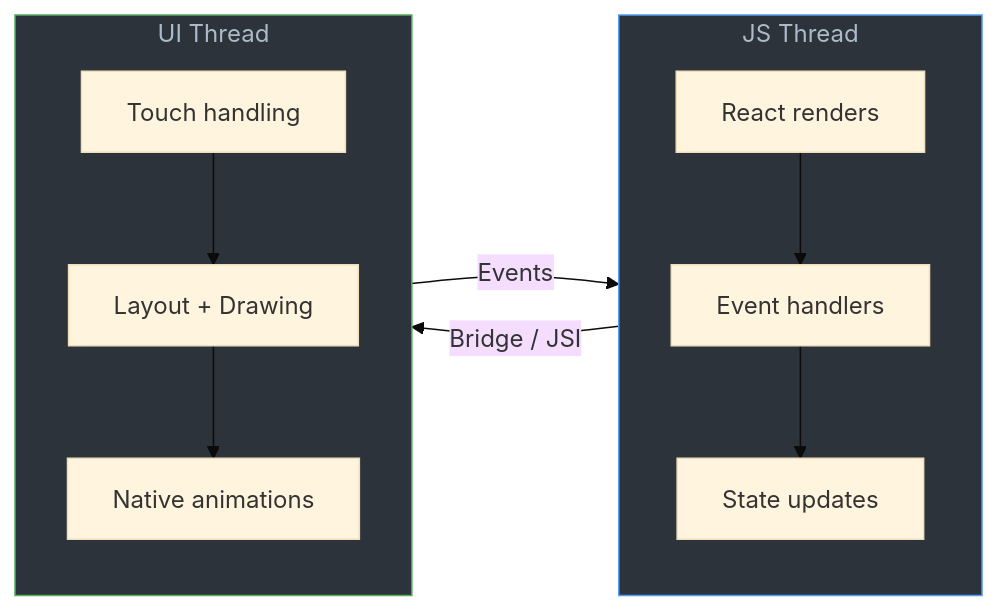
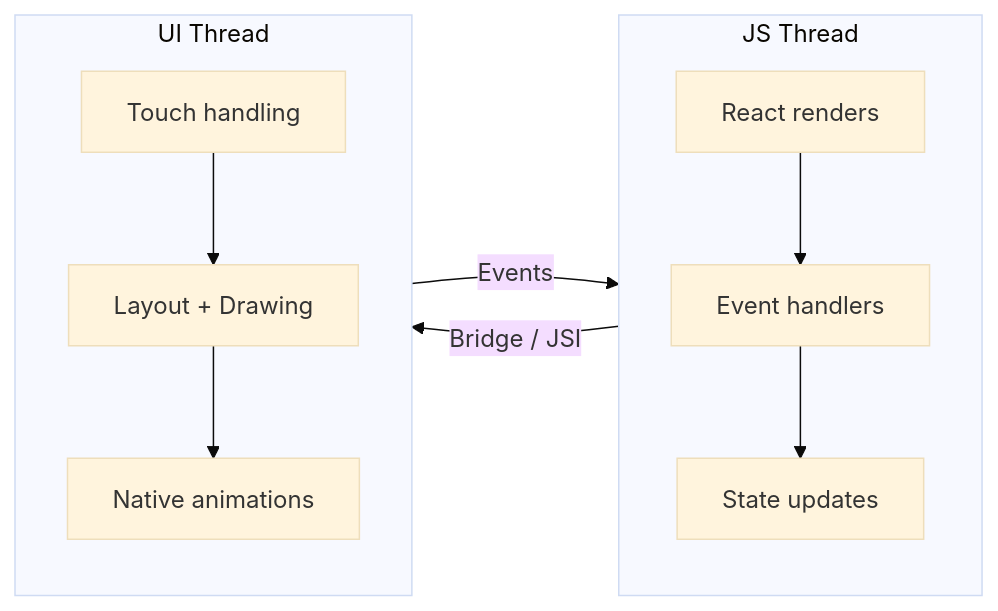
Before and after one commit to BabaScience/react-guides: the first of 5 diagrams in arguments/chapters/rn-13-performance.md, drawn with Mermaid (base theme). The commit also changed other lines of this file and 63 other files, not shown here.

First line of the commit message:
Enrich React Native roadmap with deeper content, visuals, and FR/IT translations

````diff
--- a/arguments/chapters/rn-13-performance.md
+++ b/arguments/chapters/rn-13-performance.md
@@ -33,16 +41,13 @@
 ```mermaid
 flowchart LR
     subgraph JS["JS Thread"]
         A[React renders] --> B[Event handlers]
         B --> C[State updates]
     end
     subgraph UI["UI Thread"]
         D[Touch handling] --> E[Layout + Drawing]
         E --> F[Native animations]
     end
     JS -- "Bridge / JSI" --> UI
     UI -- "Events" --> JS
-
-    style JS fill:#2d333b,stroke:#539bf5,color:#adbac7
-    style UI fill:#2d333b,stroke:#57ab5a,color:#adbac7
 ```
````
